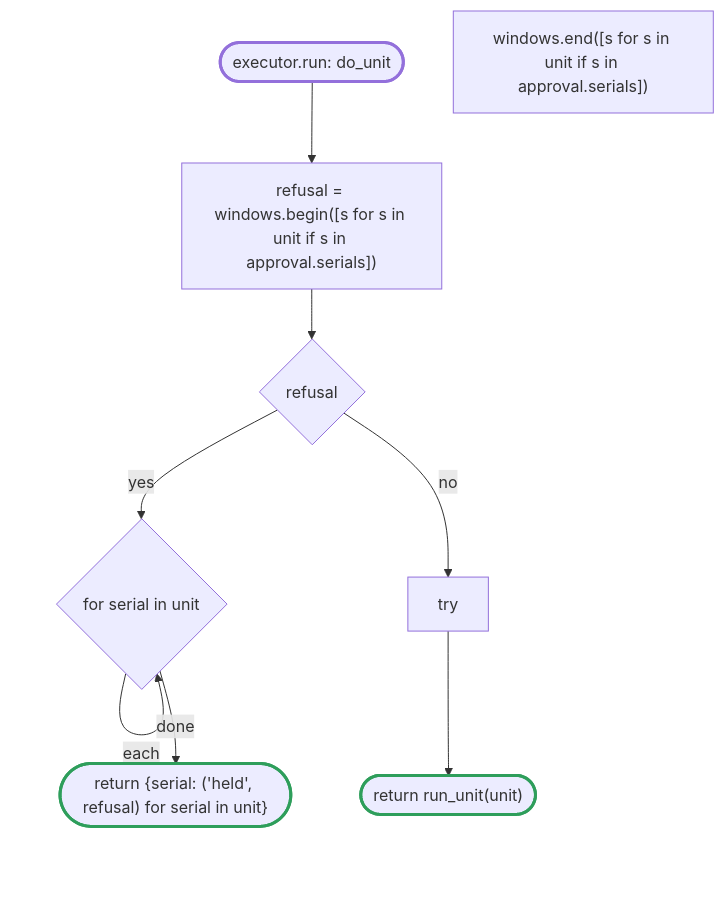
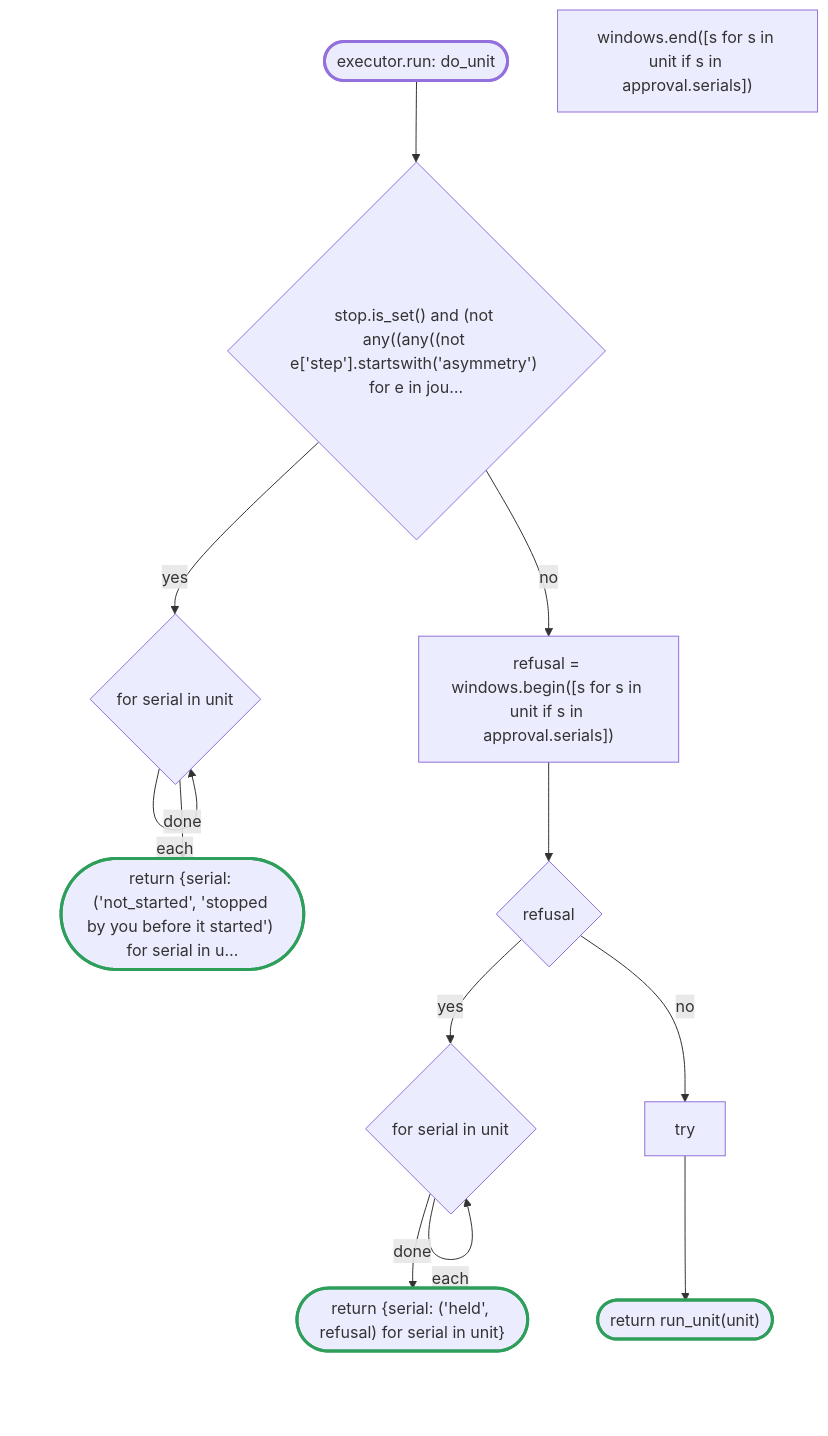
The second of 22 diagrams in docs/flow/upgrade.md (fettigcj/panUpgrade), drawn with Mermaid before and after one commit. The commit also changed other lines of this file and 21 other files, not shown here.

````diff
--- a/docs/flow/upgrade.md
+++ b/docs/flow/upgrade.md
@@ -161,26 +161,34 @@
 ```mermaid
 flowchart TD
     u1(["executor.run: do_unit"])
-    u2["refusal = windows.begin([s for s in unit if s in approval.serials])"]
-    u3{"refusal"}
-    u4{"for serial in unit"}
-    u5(["return {serial: ('held', refusal) for serial in unit}"])
-    u6["try"]
-    u7(["return run_unit(unit)"])
-    u8["windows.end([s for s in unit if s in approval.serials])"]
+    u2{"stop.is_set() and (not any((any((not e['step'].startswith('asymmetry') for e in jou…"}
+    u3{"for serial in unit"}
+    u4(["return {serial: ('not_started', 'stopped by you before it started') for serial in u…"])
+    u5["refusal = windows.begin([s for s in unit if s in approval.serials])"]
+    u6{"refusal"}
+    u7{"for serial in unit"}
+    u8(["return {serial: ('held', refusal) for serial in unit}"])
+    u9["try"]
+    u10(["return run_unit(unit)"])
+    u11["windows.end([s for s in unit if s in approval.serials])"]
     u1 --> u2
-    u2 --> u3
-    u3 -->|yes| u4
-    u4 -->|each| u4
-    u4 -->|done| u5
-    u3 -->|no| u6
-    u6 --> u7
+    u2 -->|yes| u3
+    u3 -->|each| u3
+    u3 -->|done| u4
+    u2 -->|no| u5
+    u5 --> u6
+    u6 -->|yes| u7
+    u7 -->|each| u7
+    u7 -->|done| u8
+    u6 -->|no| u9
+    u9 --> u10
     classDef api stroke:#2f6fed,stroke-width:3px
     classDef refuse stroke:#d64545,stroke-width:3px
     classDef done stroke:#2e9e5b,stroke-width:3px
     classDef step stroke:#e0a020,stroke-width:3px
     classDef entry stroke-width:3px
     class u1 entry
-    class u5 done
-    class u7 done
+    class u4 done
+    class u8 done
+    class u10 done
 ```
````
